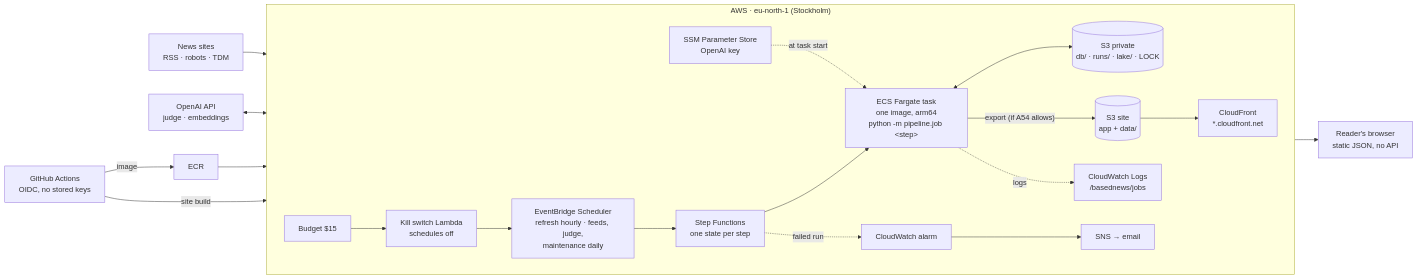
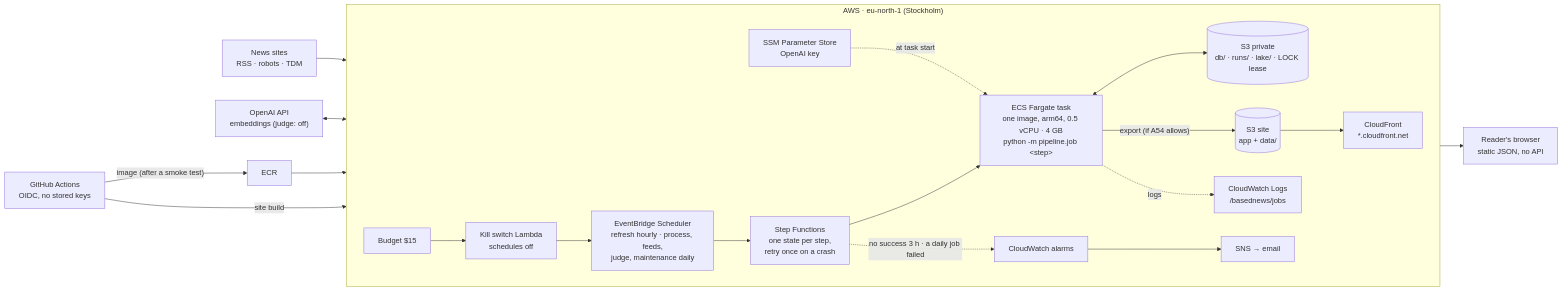
Before and after one commit to axelsolhall/BasedNews: the first of 3 diagrams in docs/ARCHITECTURE.md, drawn with Mermaid. The commit also changed other lines of this file and 48 other files, not shown here.

````diff
--- a/docs/ARCHITECTURE.md
+++ b/docs/ARCHITECTURE.md
@@ -11,20 +14,20 @@
 ```mermaid
 flowchart LR
   subgraph AWS["AWS · eu-north-1 (Stockholm)"]
     direction LR
-    sched["EventBridge Scheduler<br/>refresh hourly · feeds, judge,<br/>maintenance daily"] --> sfn["Step Functions<br/>one state per step"]
-    sfn --> task["ECS Fargate task<br/>one image, arm64<br/>python -m pipeline.job &lt;step&gt;"]
-    task <--> priv[("S3 private<br/>db/ · runs/ · lake/ · LOCK")]
+    sched["EventBridge Scheduler<br/>refresh hourly · process, feeds,<br/>judge, maintenance daily"] --> sfn["Step Functions<br/>one state per step,<br/>retry once on a crash"]
+    sfn --> task["ECS Fargate task<br/>one image, arm64, 0.5 vCPU · 4 GB<br/>python -m pipeline.job &lt;step&gt;"]
+    task <--> priv[("S3 private<br/>db/ · runs/ · lake/ · LOCK lease")]
     task -- "export (if A54 allows)" --> site[("S3 site<br/>app + data/")]
     site --> cf["CloudFront<br/>*.cloudfront.net"]
     task -. logs .-> cw["CloudWatch Logs<br/>/basednews/jobs"]
-    sfn -. failed run .-> alarm["CloudWatch alarm"] --> sns["SNS → email"]
+    sfn -. "no success 3 h · a daily job failed" .-> alarm["CloudWatch alarms"] --> sns["SNS → email"]
     budget["Budget $15"] --> ks["Kill switch Lambda<br/>schedules off"] --> sched
     ssm["SSM Parameter Store<br/>OpenAI key"] -. at task start .-> task
   end
   feeds["News sites<br/>RSS · robots · TDM"] --> task
-  openai["OpenAI API<br/>judge · embeddings"] <--> task
-  gh["GitHub Actions<br/>OIDC, no stored keys"] -- "image" --> ecr["ECR"] --> task
+  openai["OpenAI API<br/>embeddings (judge: off)"] <--> task
+  gh["GitHub Actions<br/>OIDC, no stored keys"] -- "image (after a smoke test)" --> ecr["ECR"] --> task
   gh -- "site build" --> site
   cf --> reader["Reader's browser<br/>static JSON, no API"]
 ```
````
